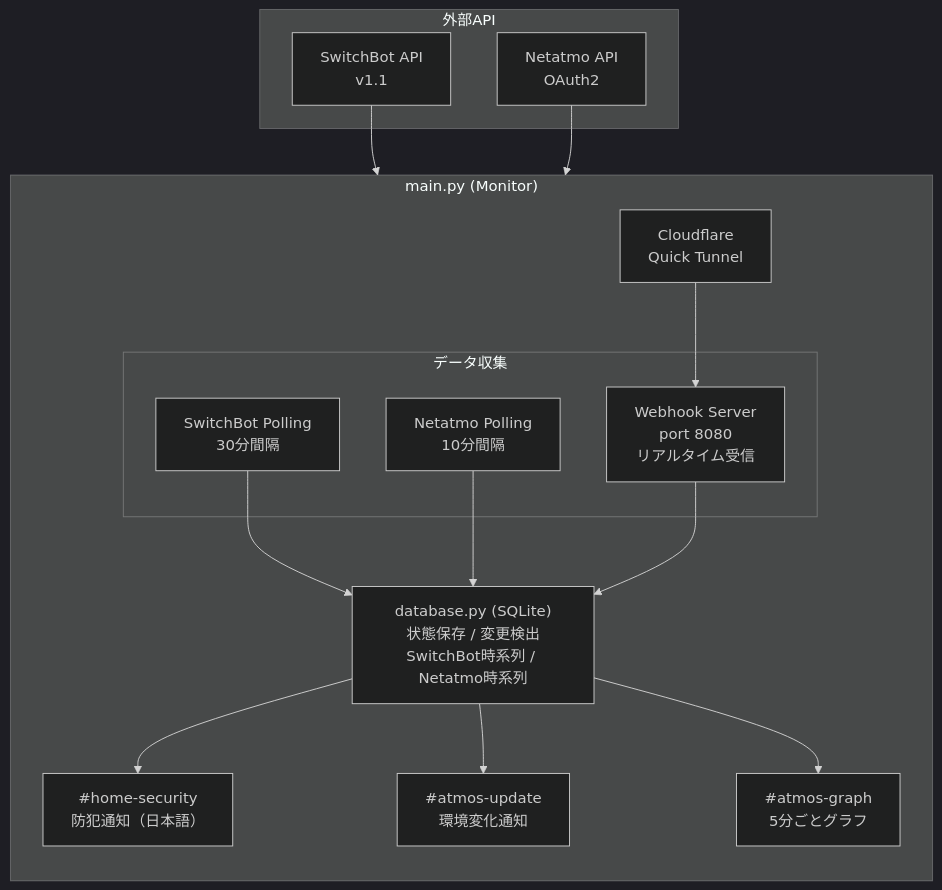
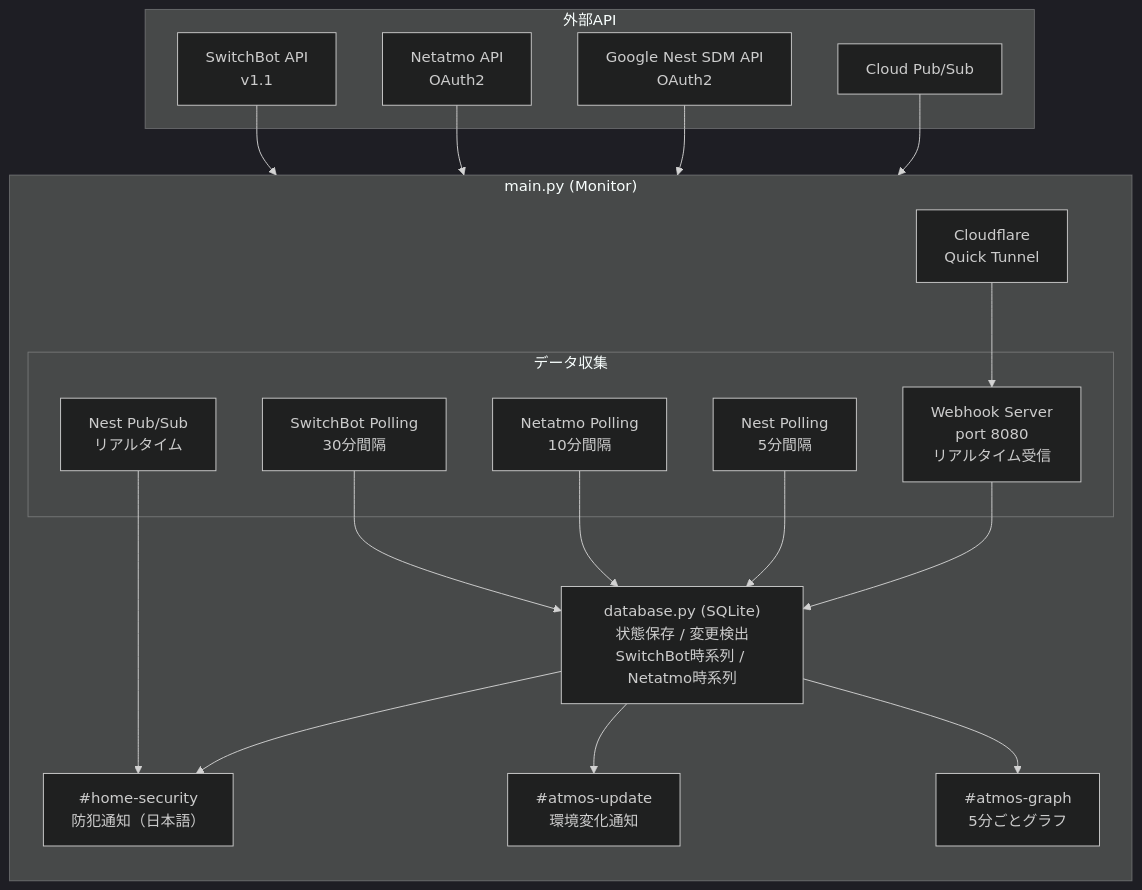
Before and after one commit to tubone24/switchbot-hub: the diagram in README.md, drawn with Mermaid (dark theme). The commit also changed other lines of this file and 8 other files, not shown here.

````diff
--- a/README.md
+++ b/README.md
@@ -501,32 +683,40 @@
 ```mermaid
 flowchart TB
     subgraph main["main.py (Monitor)"]
         direction TB
 
         subgraph input["データ収集"]
             sbPolling["SwitchBot Polling<br/>30分間隔"]
             naPolling["Netatmo Polling<br/>10分間隔"]
+            nestPolling["Nest Polling<br/>5分間隔"]
+            nestPubsub["Nest Pub/Sub<br/>リアルタイム"]
             webhook["Webhook Server<br/>port 8080<br/>リアルタイム受信"]
         end
 
         cf["Cloudflare<br/>Quick Tunnel"] --> webhook
 
         sbPolling --> db
         naPolling --> db
+        nestPolling --> db
+        nestPubsub --> security
         webhook --> db
 
         db["database.py (SQLite)<br/>状態保存 / 変更検出<br/>SwitchBot時系列 / Netatmo時系列"]
 
         db --> security["#home-security<br/>防犯通知（日本語）"]
         db --> atmos["#atmos-update<br/>環境変化通知"]
         db --> atmosGraph["#atmos-graph<br/>5分ごとグラフ"]
     end
 
     subgraph external["外部API"]
         sbAPI["SwitchBot API<br/>v1.1"]
         naAPI["Netatmo API<br/>OAuth2"]
+        nestAPI["Google Nest SDM API<br/>OAuth2"]
+        pubsub["Cloud Pub/Sub"]
     end
 
     sbAPI --> sbPolling
     naAPI --> naPolling
+    nestAPI --> nestPolling
+    pubsub --> nestPubsub
 ```
````
